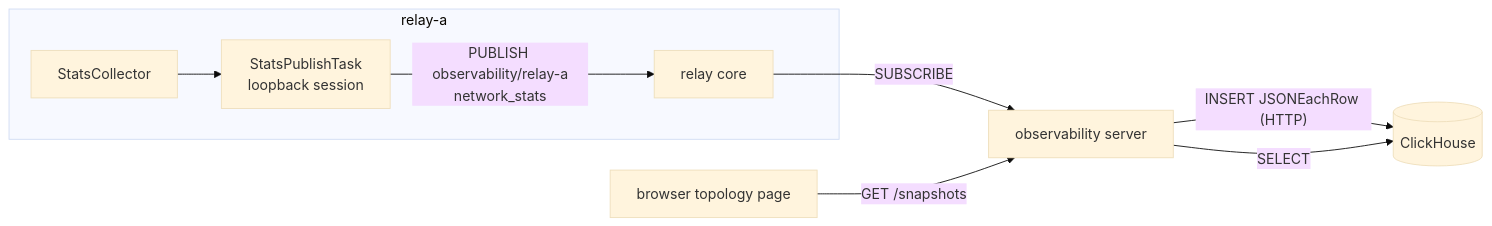
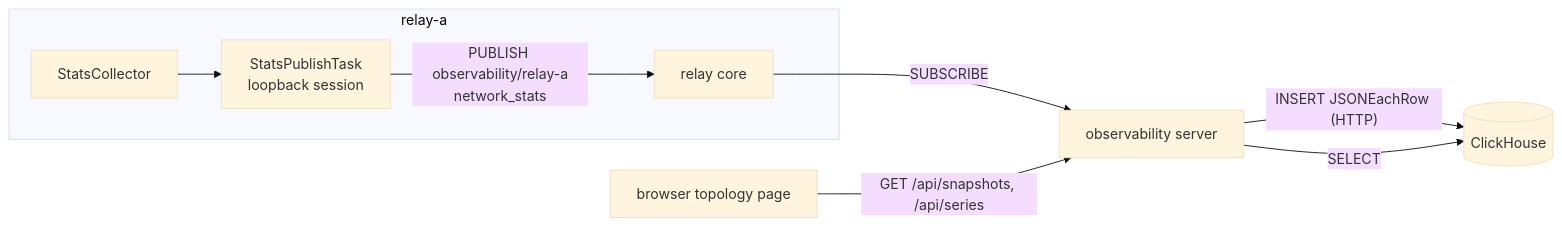
The diagram in docs/architecture/observability/architecture.md (nttcom/moq-wasm), drawn with Mermaid (base theme) before and after one commit. The commit also changed other lines of this file, not shown here.

First line of the commit message:
docs(observability): describe the implemented snapshot, API, storage and page

````diff
--- a/docs/architecture/observability/architecture.md
+++ b/docs/architecture/observability/architecture.md
@@ -22,11 +22,11 @@
 ```mermaid
 flowchart LR
   subgraph relay-a
     C[StatsCollector] --> P[StatsPublishTask<br/>loopback session]
     P -- "PUBLISH observability/relay-a<br/>network_stats" --> R[relay core]
   end
   R -- SUBSCRIBE --> O[observability server]
   O -- "INSERT JSONEachRow (HTTP)" --> CH[(ClickHouse)]
-  B[browser topology page] -- "GET /snapshots" --> O
+  B[browser topology page] -- "GET /api/snapshots, /api/series" --> O
   O -- SELECT --> CH
 ```
````
